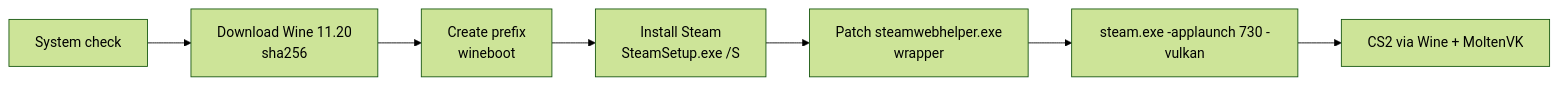
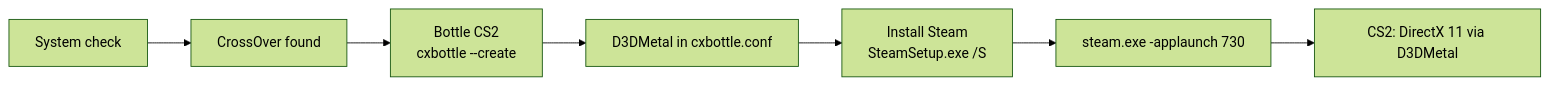
One commit to reallyworld508-lab/CS2Launcher changed the diagram in README.en.md. Above: the diagram before and after it, drawn with Mermaid (forest theme). The commit also changed other lines of this file and 29 other files, not shown here.

Commit message:
Switch engine to CrossOver (D3DMetal); drop Wine 11.20, MoltenVK and the helper wrapper

````diff
--- a/README.en.md
+++ b/README.en.md
@@ -51,9 +57,9 @@
 ```mermaid
 flowchart LR
-    A[System check] --> B[Download Wine 11.20<br/>sha256]
-    B --> C[Create prefix<br/>wineboot]
-    C --> D[Install Steam<br/>SteamSetup.exe /S]
-    D --> E[Patch steamwebhelper.exe<br/>wrapper]
-    E --> F[steam.exe -applaunch 730 -vulkan]
-    F --> G[CS2 via Wine + MoltenVK]
+    A[System check] --> B[CrossOver found]
+    B --> C[Bottle CS2<br/>cxbottle --create]
+    C --> D[D3DMetal in cxbottle.conf]
+    D --> E[Install Steam<br/>SteamSetup.exe /S]
+    E --> F[steam.exe -applaunch 730]
+    F --> G[CS2: DirectX 11 via D3DMetal]
 ```
````
